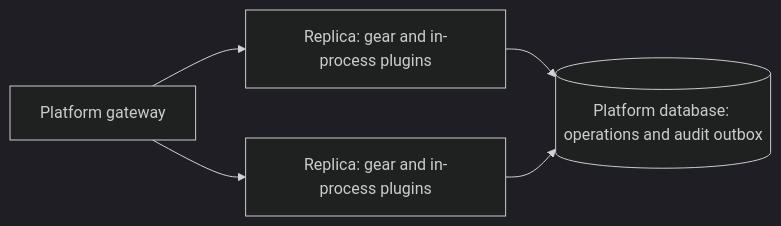
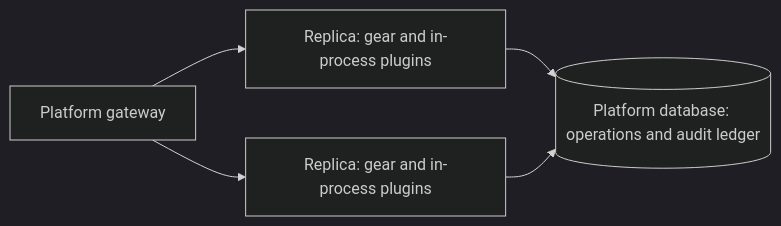
Before and after one commit to constructorfabric/gears-rust: the seventh of 7 diagrams in gears/system/application-manager/docs/DESIGN.md, drawn with Mermaid (dark theme). The commit also changed other lines of this file and 8 other files, not shown here.

````diff
--- a/gears/system/application-manager/docs/DESIGN.md
+++ b/gears/system/application-manager/docs/DESIGN.md
@@ -857,7 +905,7 @@
 ```mermaid
 flowchart LR
     LB["Platform gateway"] --> R1["Replica: gear and in-process plugins"]
     LB --> R2["Replica: gear and in-process plugins"]
-    R1 --> DB[("Platform database: operations and audit outbox")]
+    R1 --> DB[("Platform database: operations and audit ledger")]
     R2 --> DB
 ```
````
